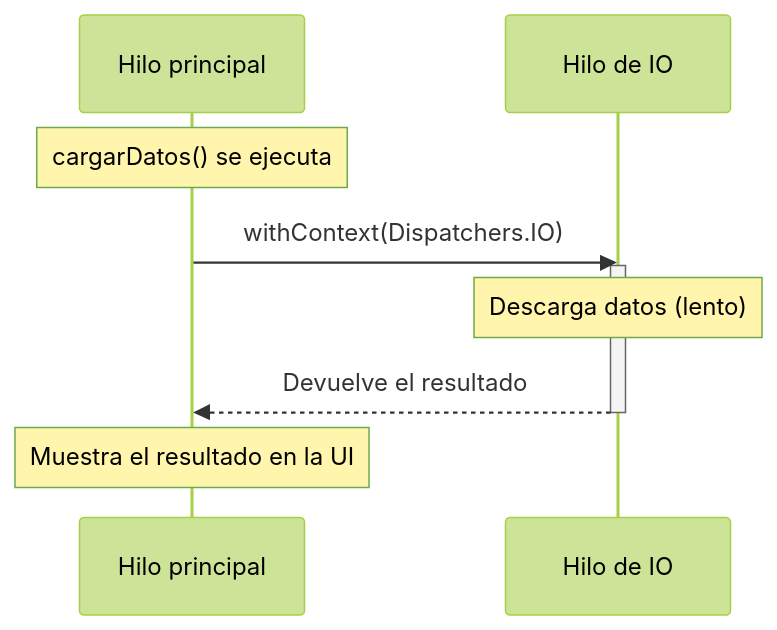
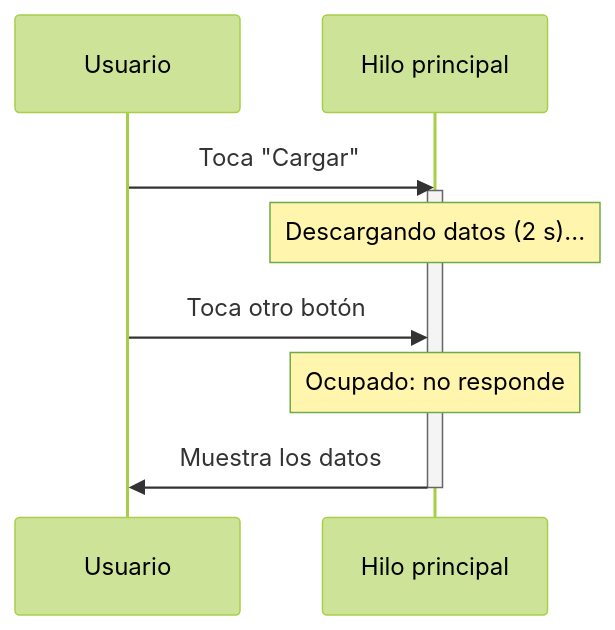
Before and after one commit to jmcandia/android-kotlin-desde-cero: the first of 2 diagrams in docs/content/part05/chapter23.md, drawn with Mermaid (forest theme). The commit also changed other lines of this file and 74 other files, not shown here.

````diff
--- a/docs/content/part05/chapter23.md
+++ b/docs/content/part05/chapter23.md
@@ -126,12 +37,12 @@
 ```mermaid
 sequenceDiagram
-    participant Main as Hilo principal
-    participant IO as Hilo de IO
-    Note over Main: cargarDatos() se ejecuta
-    Main->>IO: withContext(Dispatchers.IO)
-    activate IO
-    Note over IO: Descarga datos (lento)
-    IO-->>Main: Devuelve el resultado
-    deactivate IO
-    Note over Main: Muestra el resultado en la UI
+    participant U as Usuario
+    participant P as Hilo principal
+    U->>P: Toca "Cargar"
+    activate P
+    Note over P: Descargando datos (2 s)...
+    U->>P: Toca otro botón
+    Note over P: Ocupado: no responde
+    P->>U: Muestra los datos
+    deactivate P
 ```
````
